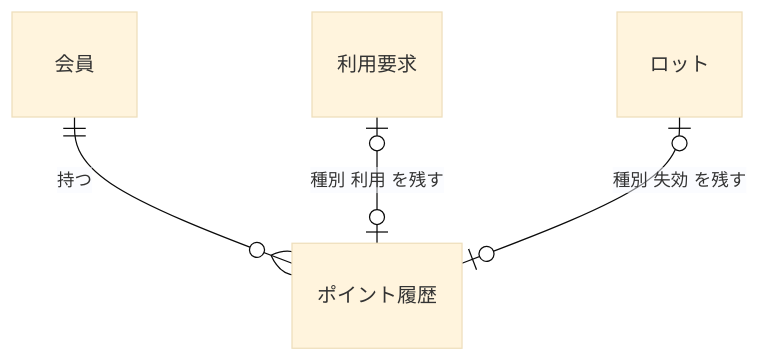
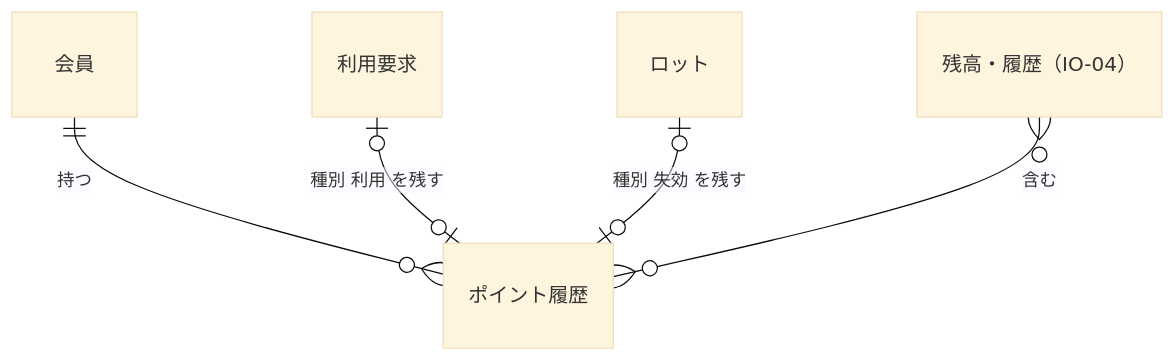
One commit to kasiopeiya/claude-dev-template changed the first of 7 diagrams in samples/docs/requirements.md. Above: the diagram before and after it, drawn with Mermaid (base theme). The commit also changed other lines of this file and 1 other file, not shown here.

````diff
--- a/samples/docs/requirements.md
+++ b/samples/docs/requirements.md
@@ -261,10 +261,12 @@
 ```mermaid
 erDiagram
     MEMBER["会員"]
     HISTORY["ポイント履歴"]
     REQUEST["利用要求"]
     LOT["ロット"]
     MEMBER ||--o{ HISTORY : 持つ
     REQUEST |o--o| HISTORY : "種別 利用 を残す"
     LOT |o--o| HISTORY : "種別 失効 を残す"
+    RESULT["残高・履歴（IO-04）"]
+    RESULT }o--o{ HISTORY : 含む
 ```
````
